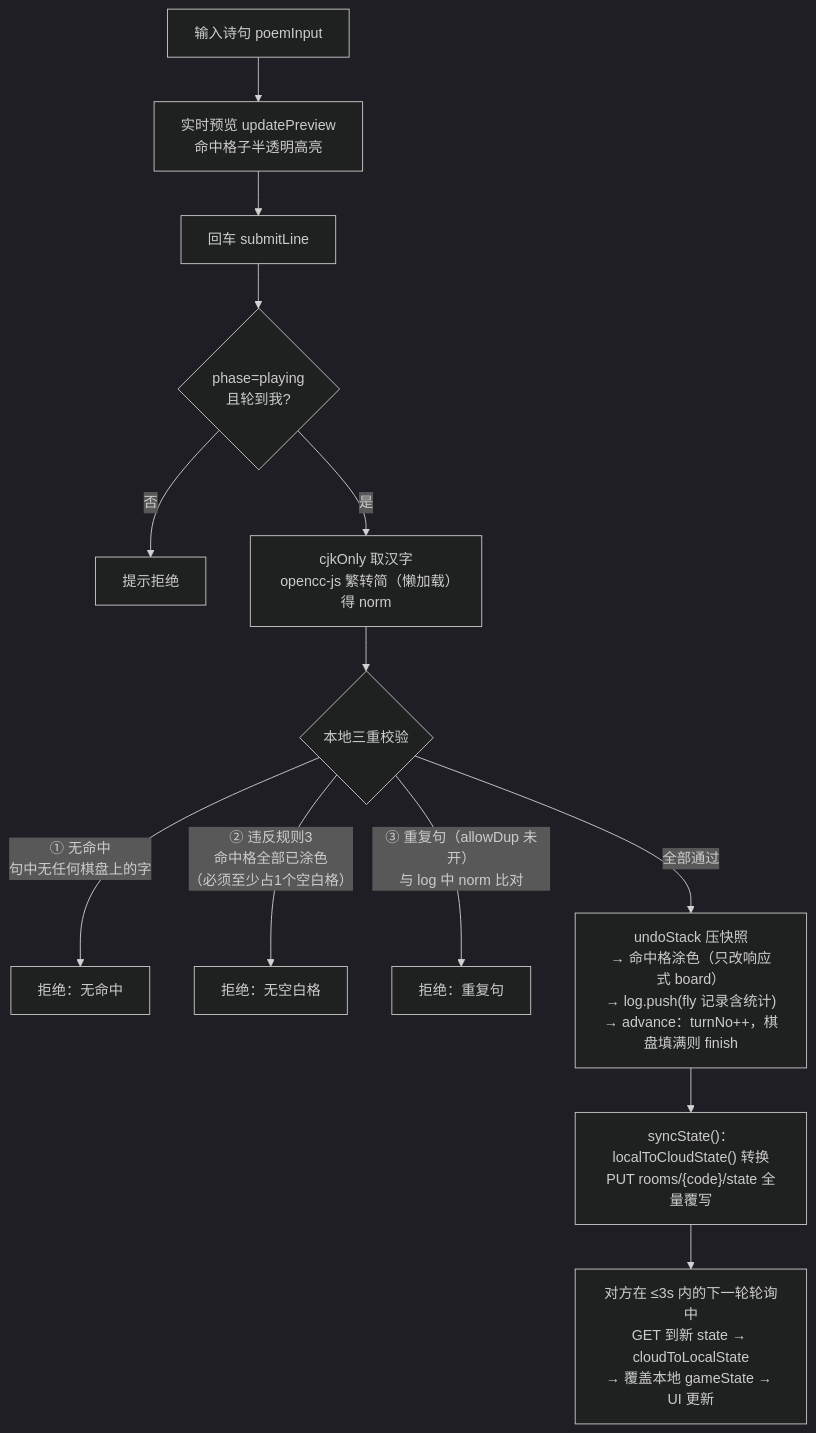
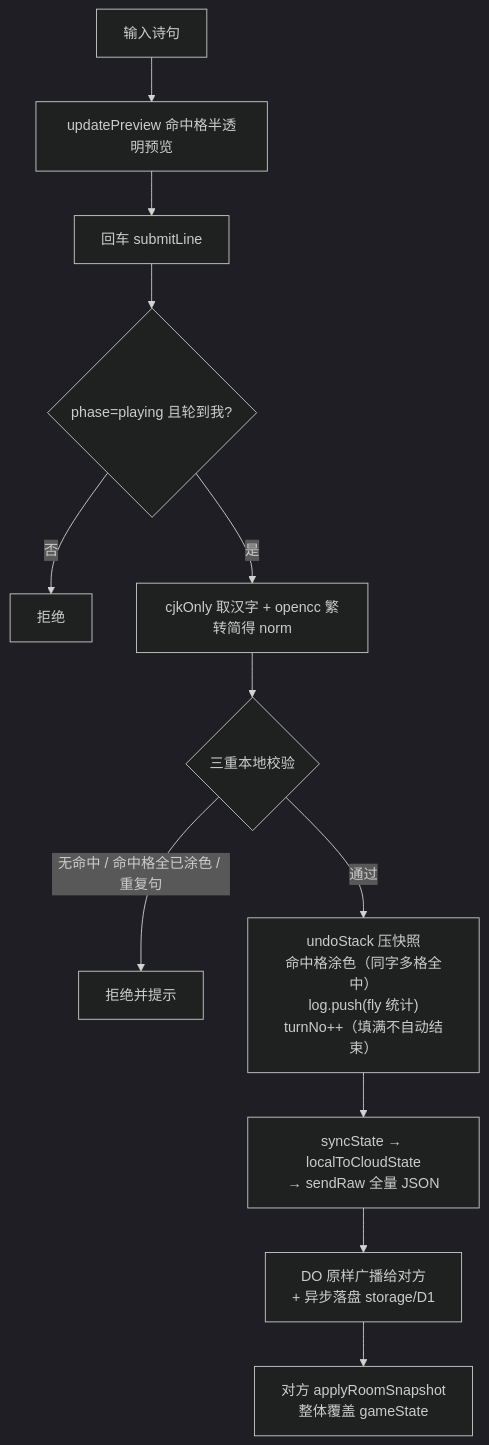
One commit to TWWWX/feihuasplatoon2 changed the second of 3 diagrams in ARCHITECTURE.md. Above: the diagram before and after it, drawn with Mermaid (dark theme). The commit also changed other lines of this file, not shown here.

````diff
--- a/ARCHITECTURE.md
+++ b/ARCHITECTURE.md
@@ -196,15 +175,14 @@
 ```mermaid
 flowchart TD
-    A[输入诗句 poemInput] --> B[实时预览 updatePreview<br/>命中格子半透明高亮]
+    A[输入诗句] --> B[updatePreview 命中格半透明预览]
     B --> C[回车 submitLine]
-    C --> D{phase=playing<br/>且轮到我?}
-    D -- 否 --> E[提示拒绝]
-    D -- 是 --> F["cjkOnly 取汉字<br/>opencc-js 繁转简（懒加载）得 norm"]
-    F --> G{本地三重校验}
-    G -- "① 无命中<br/>句中无任何棋盘上的字" --> X[拒绝：无命中]
-    G -- "② 违反规则3<br/>命中格全部已涂色<br/>（必须至少占1个空白格）" --> X2[拒绝：无空白格]
-    G -- "③ 重复句（allowDup 未开）<br/>与 log 中 norm 比对" --> X3[拒绝：重复句]
-    G -- 全部通过 --> H["undoStack 压快照<br/>→ 命中格涂色（只改响应式 board）<br/>→ log.push(fly 记录含统计)<br/>→ advance：turnNo++，棋盘填满则 finish"]
-    H --> I["syncState()：<br/>localToCloudState() 转换<br/>PUT rooms/{code}/state 全量覆写"]
-    I --> J["对方在 ≤3s 内的下一轮轮询中<br/>GET 到新 state → cloudToLocalState<br/>→ 覆盖本地 gameState → UI 更新"]
+    C --> D{phase=playing 且轮到我?}
+    D -- 否 --> X[拒绝]
+    D -- 是 --> E[cjkOnly 取汉字 + opencc 繁转简得 norm]
+    E --> F{三重本地校验}
+    F -- 无命中 / 命中格全已涂色 / 重复句 --> X2[拒绝并提示]
+    F -- 通过 --> G["undoStack 压快照<br/>命中格涂色（同字多格全中）<br/>log.push(fly 统计)<br/>turnNo++（填满不自动结束）"]
+    G --> H[syncState → localToCloudState<br/>→ sendRaw 全量 JSON]
+    H --> I[DO 原样广播给对方<br/>+ 异步落盘 storage/D1]
+    I --> J[对方 applyRoomSnapshot<br/>整体覆盖 gameState]
 ```
````
